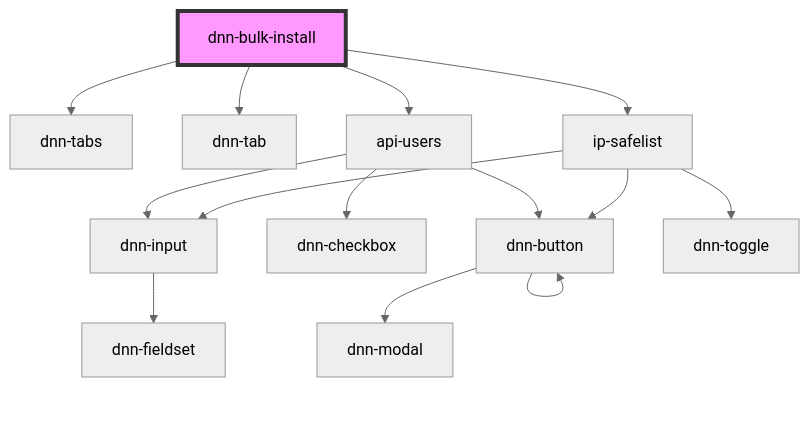
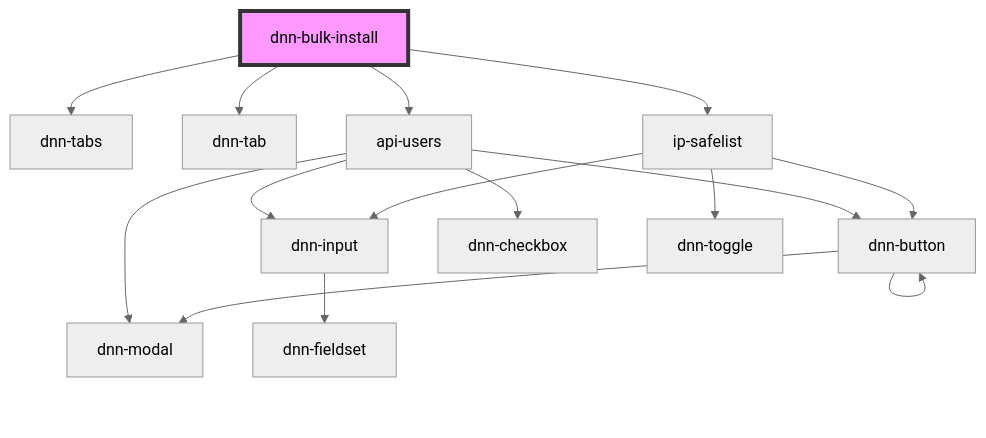
Before and after one commit to dnnsoftware/Dnn.Platform: the diagram in DNN Platform/Modules/BulkInstall/BulkInstall.Web/src/components/dnn-bulk-install/readme.md, drawn with Mermaid (neutral theme). The commit also changed 4 other files, not shown here.

````diff
--- a/DNN Platform/Modules/BulkInstall/BulkInstall.Web/src/components/dnn-bulk-install/readme.md
+++ b/DNN Platform/Modules/BulkInstall/BulkInstall.Web/src/components/dnn-bulk-install/readme.md
@@ -18,17 +18,18 @@
 ```mermaid
 graph TD;
   dnn-bulk-install --> dnn-tabs
   dnn-bulk-install --> dnn-tab
   dnn-bulk-install --> api-users
   dnn-bulk-install --> ip-safelist
+  api-users --> dnn-button
+  api-users --> dnn-modal
   api-users --> dnn-input
   api-users --> dnn-checkbox
-  api-users --> dnn-button
-  dnn-input --> dnn-fieldset
   dnn-button --> dnn-modal
   dnn-button --> dnn-button
+  dnn-input --> dnn-fieldset
   ip-safelist --> dnn-input
   ip-safelist --> dnn-button
   ip-safelist --> dnn-toggle
   style dnn-bulk-install fill:#f9f,stroke:#333,stroke-width:4px
 ```
````
